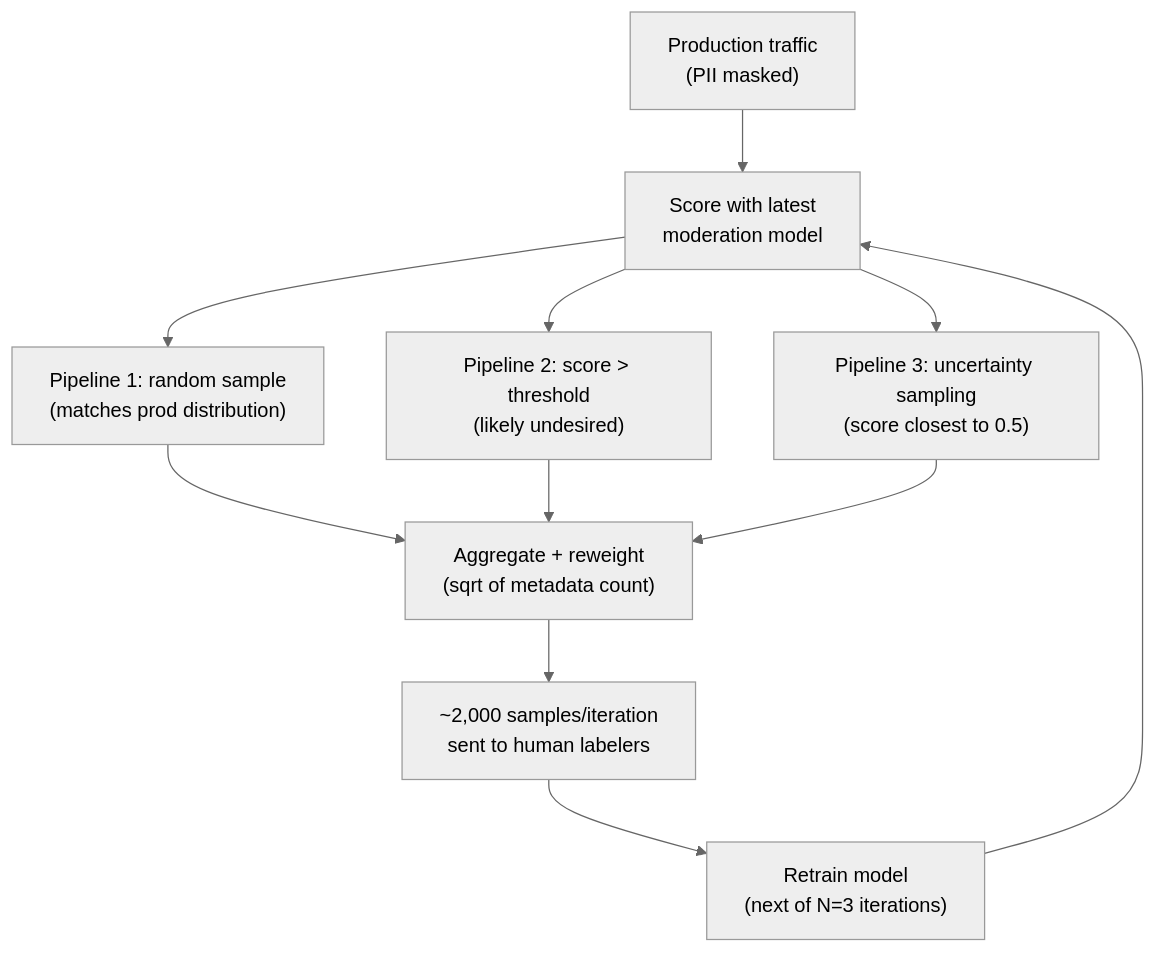
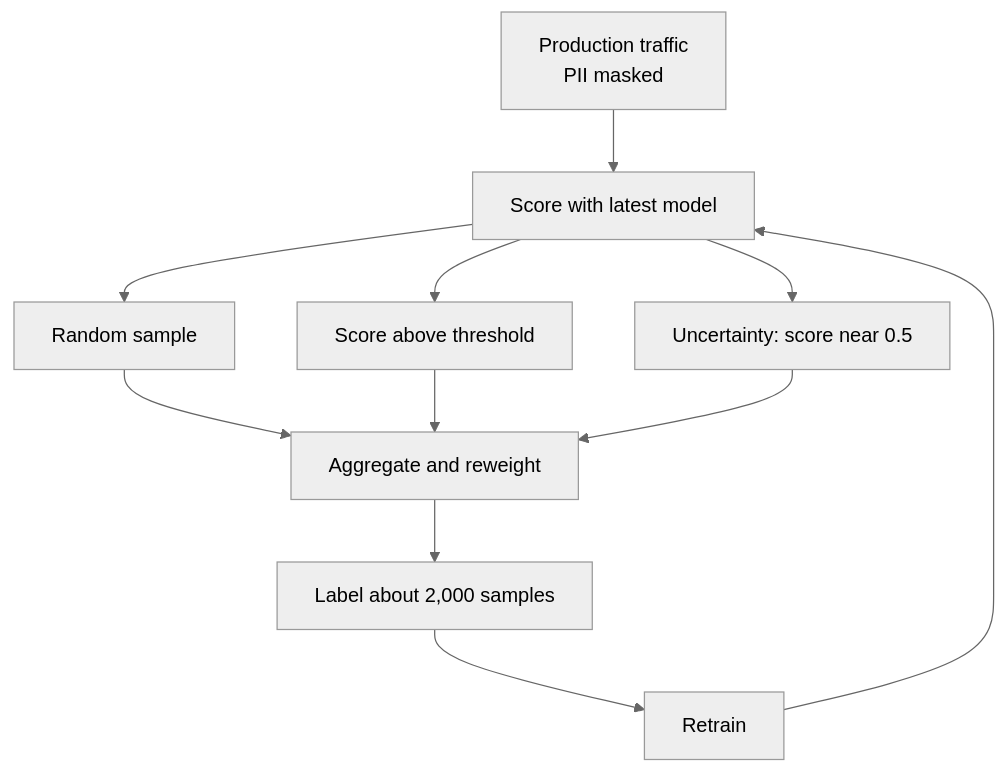
Before and after one commit to romancobblepot/AI-system-design-primer: the second of 5 diagrams in case-studies/harmful-content-detection/README.md, drawn with Mermaid (neutral theme). The commit also changed other lines of this file and 49 other files, not shown here.

````diff
--- a/case-studies/harmful-content-detection/README.md
+++ b/case-studies/harmful-content-detection/README.md
@@ -124,13 +139,13 @@
 ```mermaid
 flowchart TD
-    P["Production traffic\n(PII masked)"] --> SC["Score with latest\nmoderation model"]
-    SC --> R["Pipeline 1: random sample\n(matches prod distribution)"]
-    SC --> T["Pipeline 2: score > threshold\n(likely undesired)"]
-    SC --> U["Pipeline 3: uncertainty sampling\n(score closest to 0.5)"]
-    R --> AG["Aggregate + reweight\n(sqrt of metadata count)"]
+    P["Production traffic\nPII masked"] --> SC["Score with latest model"]
+    SC --> R["Random sample"]
+    SC --> T["Score above threshold"]
+    SC --> U["Uncertainty: score near 0.5"]
+    R --> AG["Aggregate and reweight"]
     T --> AG
     U --> AG
-    AG --> L["~2,000 samples/iteration\nsent to human labelers"]
-    L --> M["Retrain model\n(next of N=3 iterations)"]
+    AG --> L["Label about 2,000 samples"]
+    L --> M["Retrain"]
     M --> SC
 ```
````
